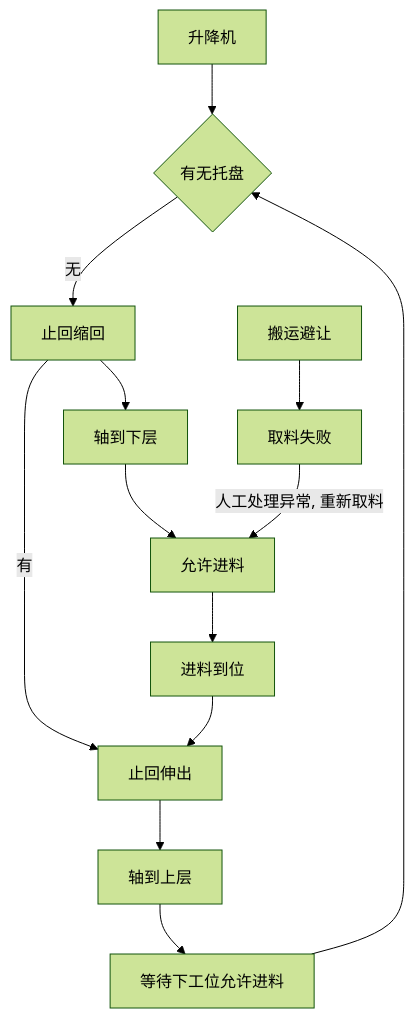
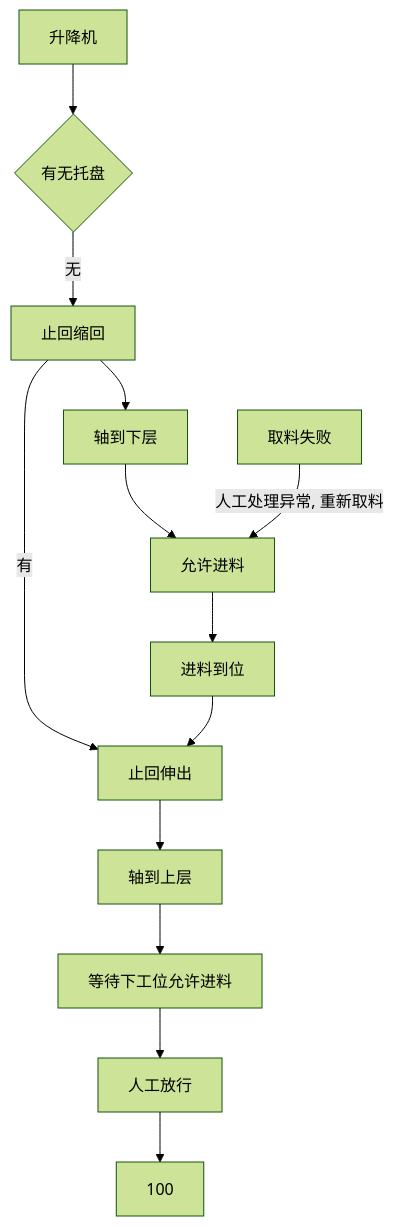
Before and after one commit to PengKun1/iodraw-files: the diagram in all/升降台.md, drawn with Mermaid (forest theme).

Commit message:
2024-12-23 10:20:44 update

````diff
--- a/all/升降台.md
+++ b/all/升降台.md
@@ -1,16 +1,16 @@
 ```mermaid
 graph TD
 0[升降机]-->10
 10{有无托盘}-->|无|20
 20-->|有|60
 20[止回缩回]-->30
 30[轴到下层]-->40
 40[允许进料]-->50
 50[进料到位]-->60
 60[止回伸出]-->70
 70[轴到上层]-->80
-80[等待下工位允许进料]-->10
-90[搬运避让]-->900
+80[等待下工位允许进料]-->90
+90[人工放行]-->100
 
 900[取料失败]-->|人工处理异常, 重新取料|40
 ```
````
